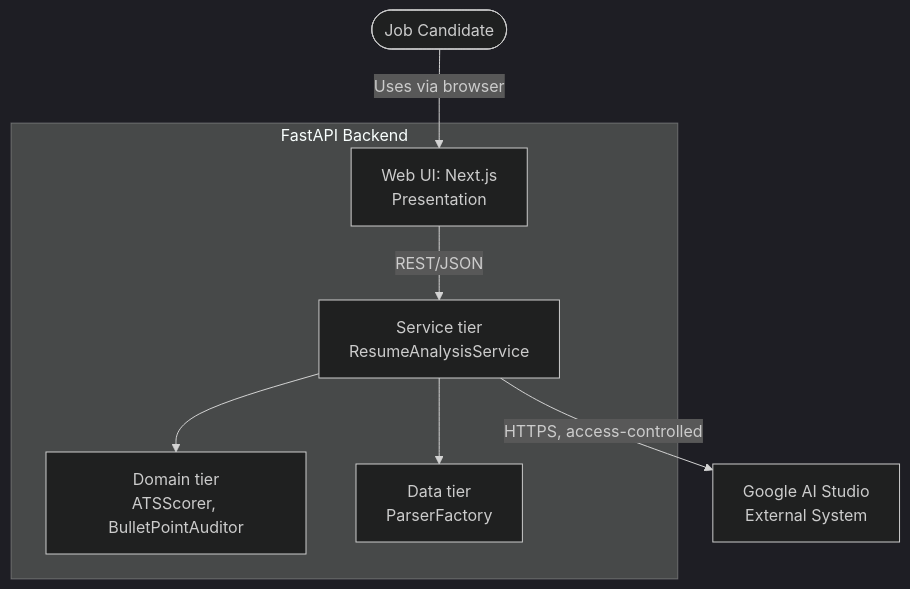
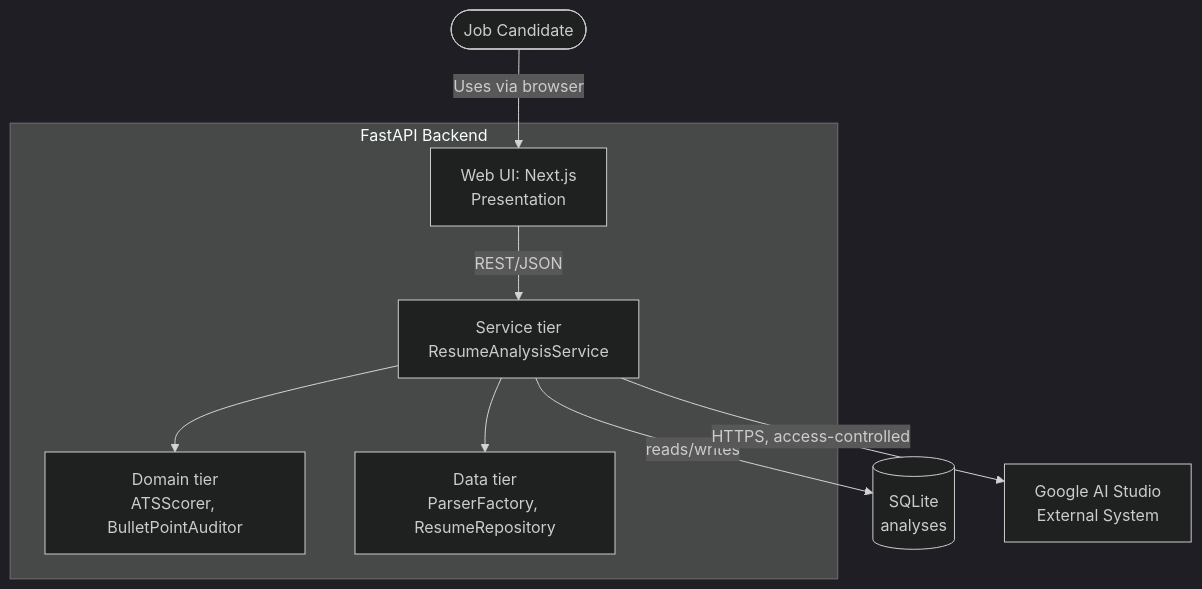
Before and after one commit to kummarimonisha/cen5064-project-kummari: the second of 4 diagrams in README.md, drawn with Mermaid (dark theme). The commit also changed other lines of this file and 6 other files, not shown here.

First line of the commit message:
Add SQLite storage of analyses (addresses midterm action item)

````diff
--- a/README.md
+++ b/README.md
@@ -139,12 +140,13 @@
 ```mermaid
 flowchart TB
     user([Job Candidate]) -->|Uses via browser| ui[Web UI: Next.js<br/>Presentation]
 
     subgraph Backend [FastAPI Backend]
     ui -->|REST/JSON| svc[Service tier<br/>ResumeAnalysisService]
     svc --> dom[Domain tier<br/>ATSScorer, BulletPointAuditor]
-    svc --> data[Data tier<br/>ParserFactory]
+    svc --> data[Data tier<br/>ParserFactory, ResumeRepository]
     end
 
+    svc -->|reads/writes| db[(SQLite<br/>analyses)]
     svc -->|HTTPS, access-controlled| gemini[Google AI Studio<br/>External System]
 ```
````
